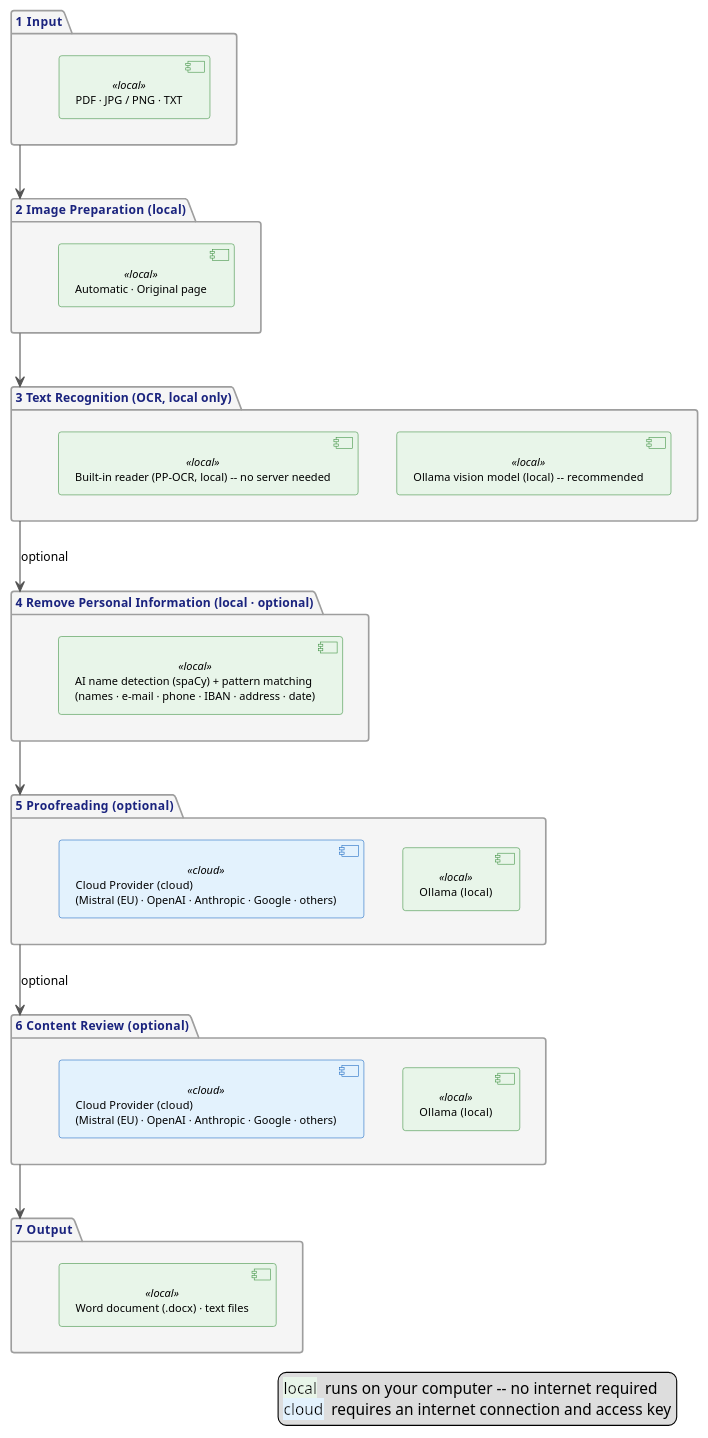
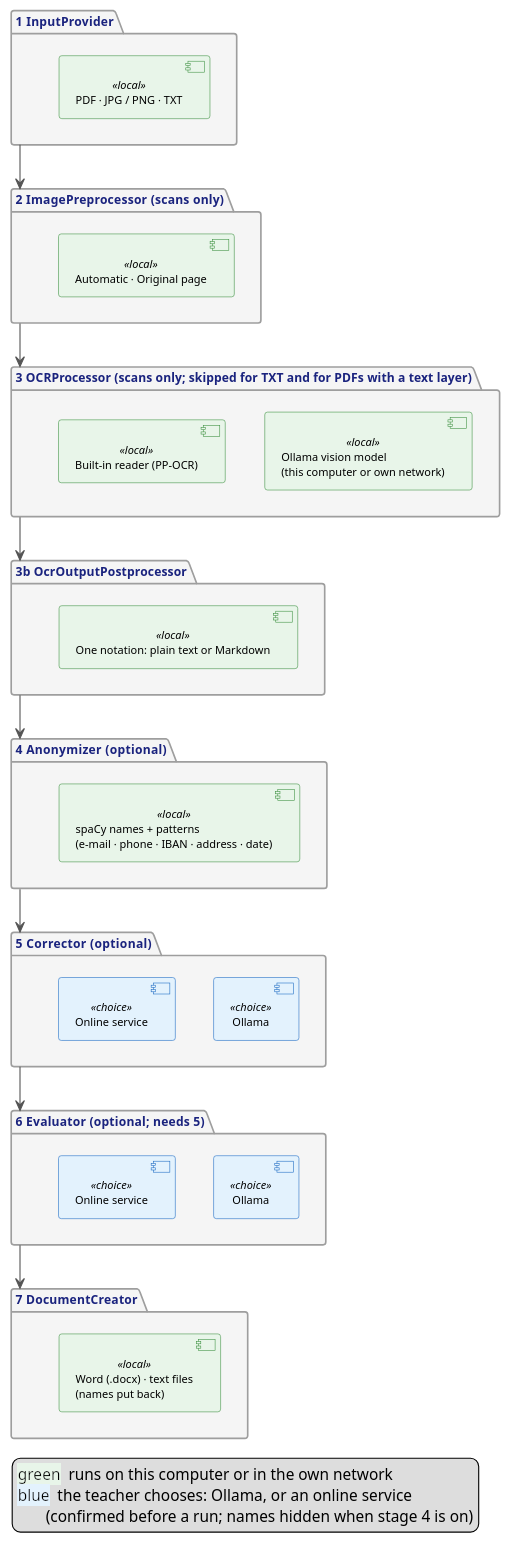
Before and after one commit to JoHoenk/teachers-teammate: the diagram in docs/assets/pipeline_stages.puml, drawn with PlantUML. The commit also changed 49 other files, not shown here.

```diff
--- a/docs/assets/pipeline_stages.puml
+++ b/docs/assets/pipeline_stages.puml
@@ -1,84 +1,76 @@
-@startuml Teacher's Teammate -- Processing Pipeline
+@startuml Teacher's Teammate — Pipeline stages
 top to bottom direction
 skinparam defaultFontSize 11
 skinparam shadowing false
 skinparam arrowColor #555555
 
 skinparam package {
   BackgroundColor #F5F5F5
   BorderColor #9E9E9E
   FontColor #1A237E
   FontStyle bold
   Padding 8
 }
-
 skinparam component {
   BackgroundColor #FFFFFF
   BorderColor #90A4AE
   FontSize 10
 }
-
 skinparam component<<local>> {
   BackgroundColor #E8F5E9
   BorderColor #388E3C
-  FontSize 10
+}
+skinparam component<<choice>> {
+  BackgroundColor #E3F2FD
+  BorderColor #1565C0
 }
 
-skinparam component<<cloud>> {
-  BackgroundColor #E3F2FD
-  BorderColor #1565C0
-  FontSize 10
-}
-
-' Stage 1: Input
-package "1  Input" as S_IN {
+package "1  InputProvider" as S_IN {
   component "PDF · JPG / PNG · TXT" as IN <<local>>
 }
 
-' Stage 2: Image Preparation
-package "2  Image Preparation  (local)" as S_PRE {
+package "2  ImagePreprocessor  (scans only)" as S_PRE {
   component "Automatic · Original page" as PRE <<local>>
 }
 
-' Stage 3: Text Recognition (OCR)
-package "3  Text Recognition (OCR, local only)" as S_OCR {
-  component "Ollama vision model  (local) -- recommended" as OCR_OL <<local>>
-  component "Built-in reader (PP-OCR, local) -- no server needed" as OCR_ALT <<local>>
+package "3  OCRProcessor  (scans only; skipped for TXT and for PDFs with a text layer)" as S_OCR {
+  component "Ollama vision model\n(this computer or own network)" as OCR_OL <<local>>
+  component "Built-in reader (PP-OCR)" as OCR_ALT <<local>>
 }
 
-' Stage 4: Remove Personal Information (optional)
-package "4  Remove Personal Information  (local · optional)" as S_AN {
-  component "AI name detection (spaCy) + pattern matching\n(names · e-mail · phone · IBAN · address · date)" as AN <<local>>
+package "3b  OcrOutputPostprocessor" as S_POST {
+  component "One notation: plain text or Markdown" as POST <<local>>
 }
 
-' Stage 5: Proofreading (optional)
-package "5  Proofreading  (optional)" as S_CO {
-  component "Ollama  (local)" as CO_OL <<local>>
-  component "Cloud Provider  (cloud)\n(Mistral (EU) · OpenAI · Anthropic · Google · others)" as CO_CLD <<cloud>>
+package "4  Anonymizer  (optional)" as S_AN {
+  component "spaCy names + patterns\n(e-mail · phone · IBAN · address · date)" as AN <<local>>
 }
 
-' Stage 6: Content Review (optional)
-package "6  Content Review  (optional)" as S_EV {
-  component "Ollama  (local)" as EV_OL <<local>>
-  component "Cloud Provider  (cloud)\n(Mistral (EU) · OpenAI · Anthropic · Google · others)" as EV_CLD <<cloud>>
+package "5  Corrector  (optional)" as S_CO {
+  component "Ollama" as CO_OL <<choice>>
+  component "Online service" as CO_CLD <<choice>>
 }
 
-' Stage 7: Output
-package "7  Output" as S_OUT {
-  component "Word document (.docx) · text files" as OUT <<local>>
+package "6  Evaluator  (optional; needs 5)" as S_EV {
+  component "Ollama" as EV_OL <<choice>>
+  component "Online service" as EV_CLD <<choice>>
 }
 
-' Pipeline flow
+package "7  DocumentCreator" as S_OUT {
+  component "Word (.docx) · text files\n(names put back)" as OUT <<local>>
+}
+
 S_IN  -down-> S_PRE
 S_PRE -down-> S_OCR
-S_OCR -down-> S_AN  : optional
+S_OCR -down-> S_POST
+S_POST -down-> S_AN
 S_AN  -down-> S_CO
-S_CO  -down-> S_EV  : optional
+S_CO  -down-> S_EV
 S_EV  -down-> S_OUT
 
 legend right
-  <back:#E8F5E9>local</back>  runs on your computer -- no internet required
-  <back:#E3F2FD>cloud</back>  requires an internet connection and access key
+  <back:#E8F5E9>green</back>  runs on this computer or in the own network
+  <back:#E3F2FD>blue</back>  the teacher chooses: Ollama, or an online service
+         (confirmed before a run; names hidden when stage 4 is on)
 endlegend
-
 @enduml
```
